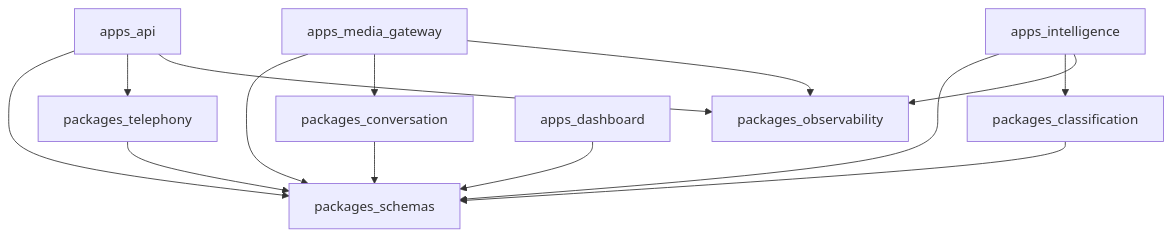
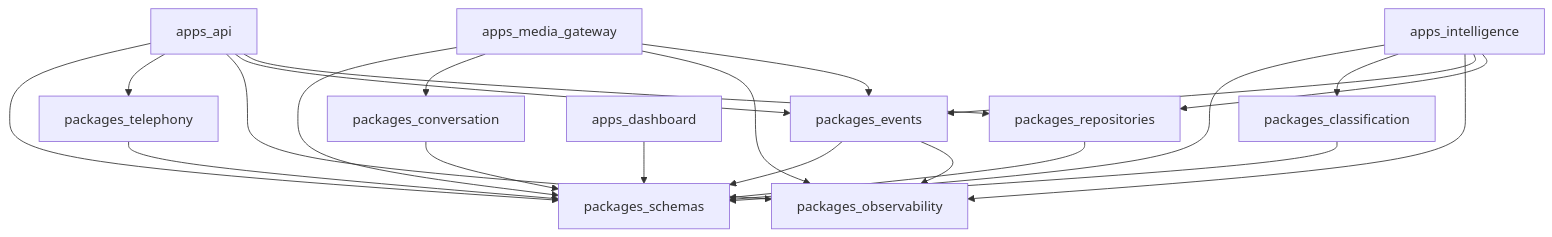
Before and after one commit to jscottwillems/switchboard: the fourth of 4 diagrams in docs/ARCHITECTURE.md, drawn with Mermaid. The commit also changed other lines of this file and 37 other files, not shown here.

````diff
--- a/docs/ARCHITECTURE.md
+++ b/docs/ARCHITECTURE.md
@@ -153,26 +153,36 @@
 ```mermaid
 flowchart TD
   schemas[packages_schemas]
   tel[packages_telephony]
   conv[packages_conversation]
   cls[packages_classification]
   obs[packages_observability]
+  events[packages_events]
+  repos[packages_repositories]
   api[apps_api]
   gw[apps_media_gateway]
   intel[apps_intelligence]
   ui[apps_dashboard]
 
   tel --> schemas
   conv --> schemas
   cls --> schemas
+  events --> schemas
+  events --> obs
+  repos --> schemas
   api --> schemas
   api --> tel
   api --> obs
+  api --> events
+  api --> repos
   gw --> schemas
   gw --> conv
   gw --> obs
+  gw --> events
   intel --> schemas
   intel --> cls
   intel --> obs
+  intel --> events
+  intel --> repos
   ui --> schemas
 ```
````
